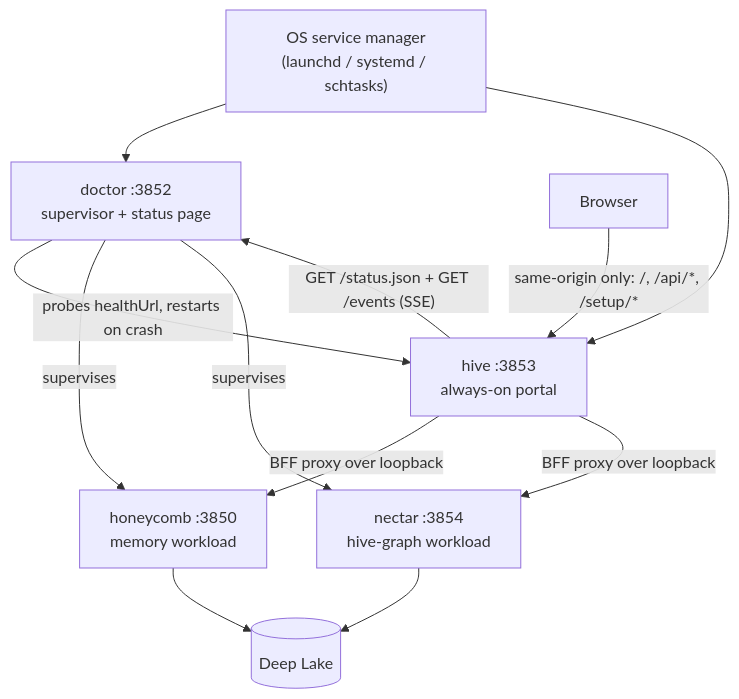
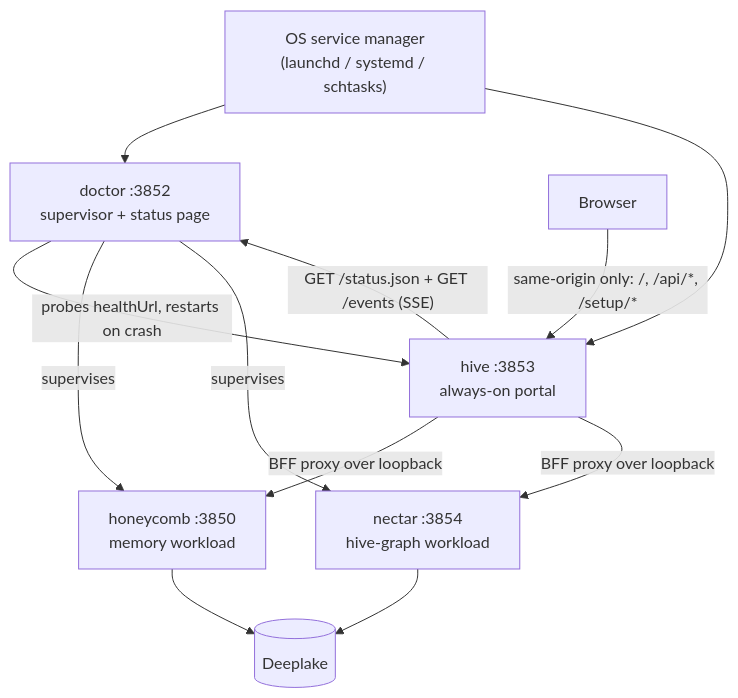
The second of 11 diagrams in product-documentation/markdown/hive-technical-manual.md (legioncodeinc/the-apiary), drawn with Mermaid before and after one commit. The commit also changed other lines of this file and 59 other files, not shown here.

````diff
--- a/product-documentation/markdown/hive-technical-manual.md
+++ b/product-documentation/markdown/hive-technical-manual.md
@@ -170,14 +170,14 @@
 ```mermaid
 flowchart TD
     osBoot["OS service manager<br/>(launchd / systemd / schtasks)"] --> doctor["doctor :3852<br/>supervisor + status page"]
     osBoot --> hive["hive :3853<br/>always-on portal"]
     doctor -->|"probes healthUrl, restarts on crash"| hive
     doctor -->|"supervises"| honeycomb["honeycomb :3850<br/>memory workload"]
     doctor -->|"supervises"| nectar["nectar :3854<br/>hive-graph workload"]
     browser["Browser"] -->|"same-origin only: /, /api/*, /setup/*"| hive
     hive -->|"BFF proxy over loopback"| honeycomb
     hive -->|"BFF proxy over loopback"| nectar
     hive -->|"GET /status.json + GET /events (SSE)"| doctor
-    honeycomb --> deeplake[("Deep Lake")]
+    honeycomb --> deeplake[("Deeplake")]
     nectar --> deeplake
 ```
````
